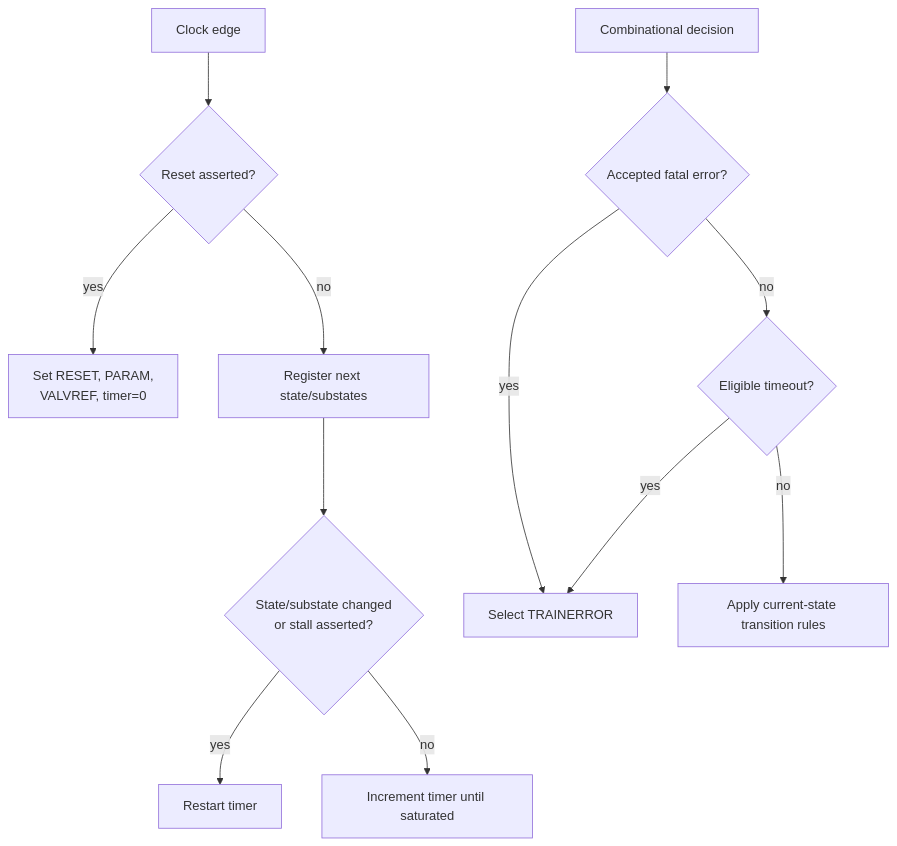
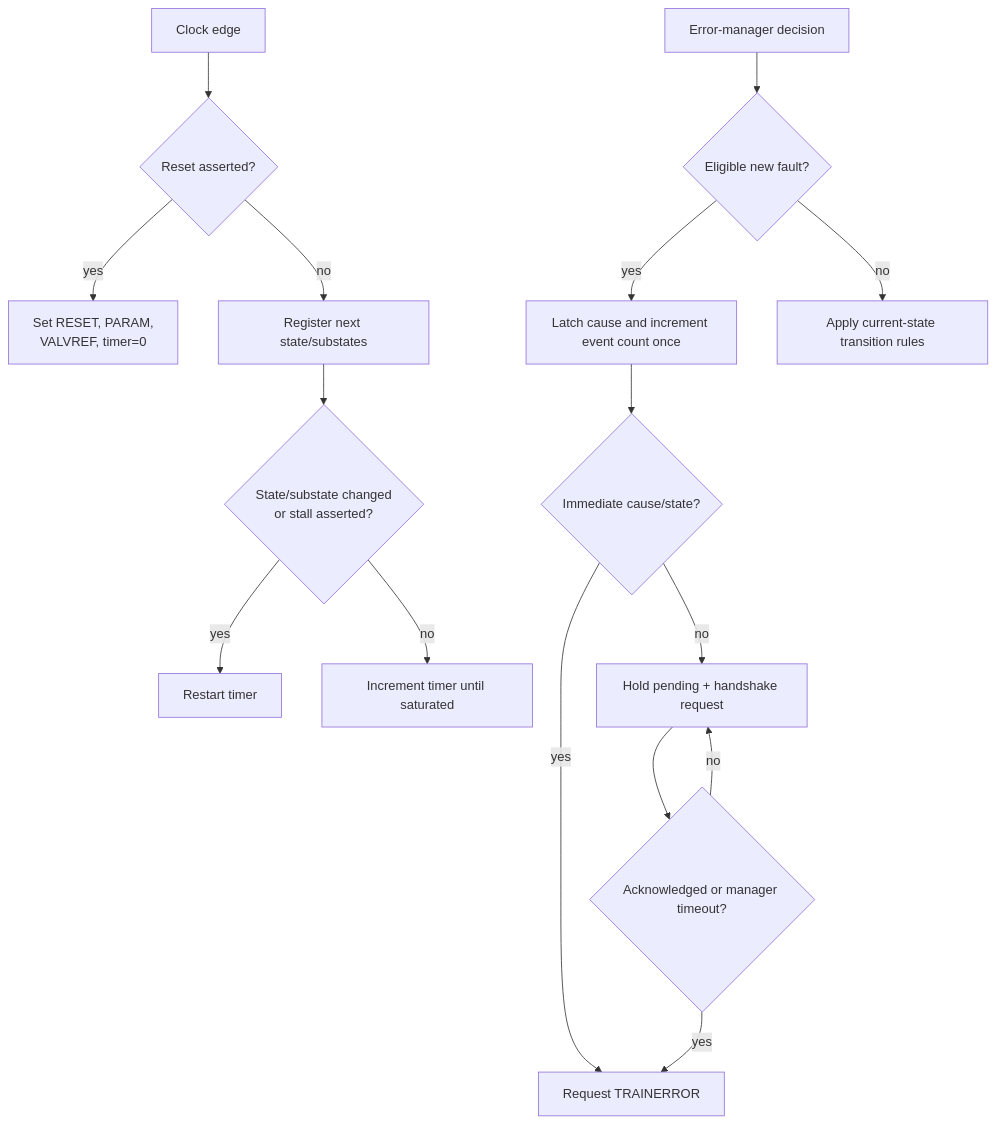
The diagram in docs/03_algorithm/README.md (Varadain/ucie-ltsm), drawn with Mermaid before and after one commit. The commit also changed other lines of this file and 38 other files, not shown here.

````diff
--- a/docs/03_algorithm/README.md
+++ b/docs/03_algorithm/README.md
@@ -19,15 +19,19 @@
 ```mermaid
 flowchart TD
     A[Clock edge] --> B{Reset asserted?}
     B -- yes --> C[Set RESET, PARAM,<br/>VALVREF, timer=0]
     B -- no --> D[Register next state/substates]
     D --> E{State/substate changed<br/>or stall asserted?}
     E -- yes --> F[Restart timer]
     E -- no --> G[Increment timer until saturated]
 
-    H[Combinational decision] --> I{Accepted fatal error?}
-    I -- yes --> J[Select TRAINERROR]
-    I -- no --> K{Eligible timeout?}
-    K -- yes --> J
-    K -- no --> L[Apply current-state transition rules]
+    H[Error-manager decision] --> I{Eligible new fault?}
+    I -- yes --> J[Latch cause and increment event count once]
+    J --> K{Immediate cause/state?}
+    K -- yes --> L[Request TRAINERROR]
+    K -- no --> M[Hold pending + handshake request]
+    M --> N{Acknowledged or manager timeout?}
+    N -- yes --> L
+    N -- no --> M
+    I -- no --> O[Apply current-state transition rules]
 ```
````
